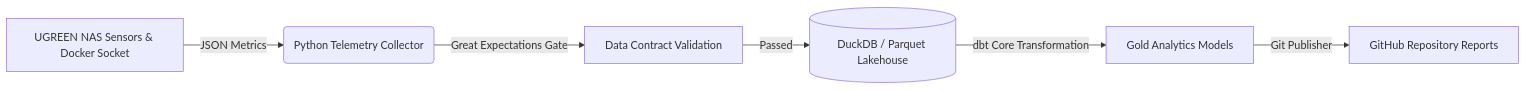
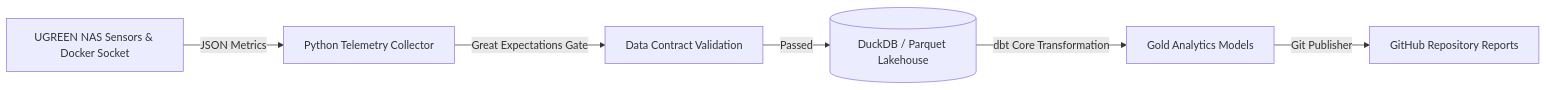
The diagram in README.md (siddharthsbhadauria/auto-datapulse), drawn with Mermaid before and after one commit.

Commit message:
fix: quote Mermaid node labels in README.md

````diff
--- a/README.md
+++ b/README.md
@@ -11,8 +11,8 @@
 ```mermaid
 flowchart LR
-    A[UGREEN NAS Sensors & Docker Socket] -->|JSON Metrics| B(Python Telemetry Collector)
-    B -->|Great Expectations Gate| C[Data Contract Validation]
-    C -->|Passed| D[(DuckDB / Parquet Lakehouse)]
-    D -->|dbt Core Transformation| E[Gold Analytics Models]
-    E -->|Git Publisher| F[GitHub Repository Reports]
+    A["UGREEN NAS Sensors & Docker Socket"] -->|JSON Metrics| B["Python Telemetry Collector"]
+    B -->|Great Expectations Gate| C["Data Contract Validation"]
+    C -->|Passed| D[("DuckDB / Parquet Lakehouse")]
+    D -->|dbt Core Transformation| E["Gold Analytics Models"]
+    E -->|Git Publisher| F["GitHub Repository Reports"]
 ```
````
